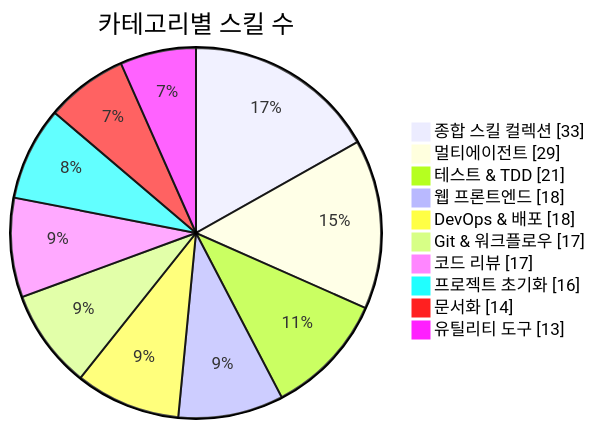
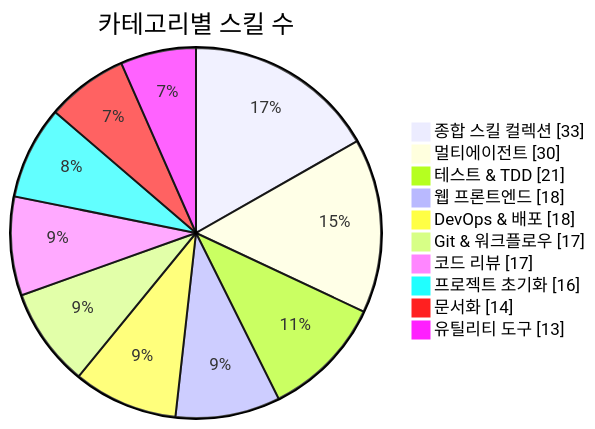
One commit to J-nowcow/awesome-korean-agent-skills changed the first of 3 diagrams in README.md. Above: the diagram before and after it, drawn with Mermaid. The commit also changed other lines of this file and 4 other files, not shown here.

````diff
--- a/README.md
+++ b/README.md
@@ -176,14 +176,14 @@
 ```mermaid
 pie showData
     title 카테고리별 스킬 수
     "종합 스킬 컬렉션" : 33
-    "멀티에이전트" : 29
+    "멀티에이전트" : 30
     "테스트 & TDD" : 21
     "웹 프론트엔드" : 18
     "DevOps & 배포" : 18
     "Git & 워크플로우" : 17
     "코드 리뷰" : 17
     "프로젝트 초기화" : 16
     "문서화" : 14
     "유틸리티 도구" : 13
 ```
````
